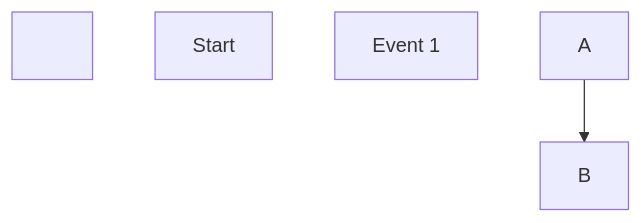
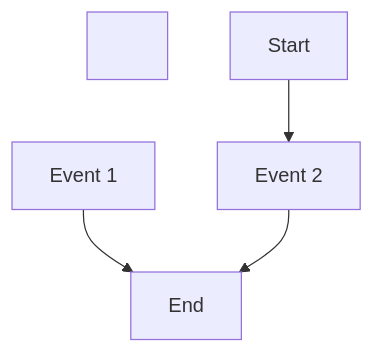
One commit to LbsLundAW/DiceGame-Examples changed the diagram in README.md. Above: the diagram before and after it, drawn with Mermaid.

````diff
--- a/README.md
+++ b/README.md
@@ -7,11 +7,15 @@
 ```mermaid
 
 graph TD;
 
 &nbsp;	A\[Start]
 
 &nbsp;	B\[Event 1]
 
-&nbsp;	A-->B
+&nbsp;	A\[Start]-->C\[Event 2]
+
+&nbsp;	B\[Event 1]-->D\[End]
+
+&nbsp;	C\[Event 2]-->D\[End]
 
 ```
````
